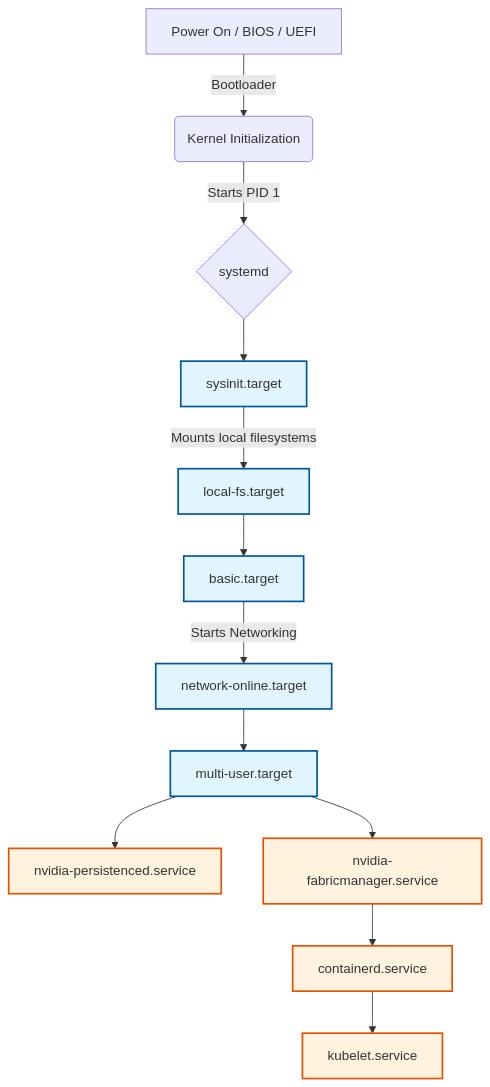
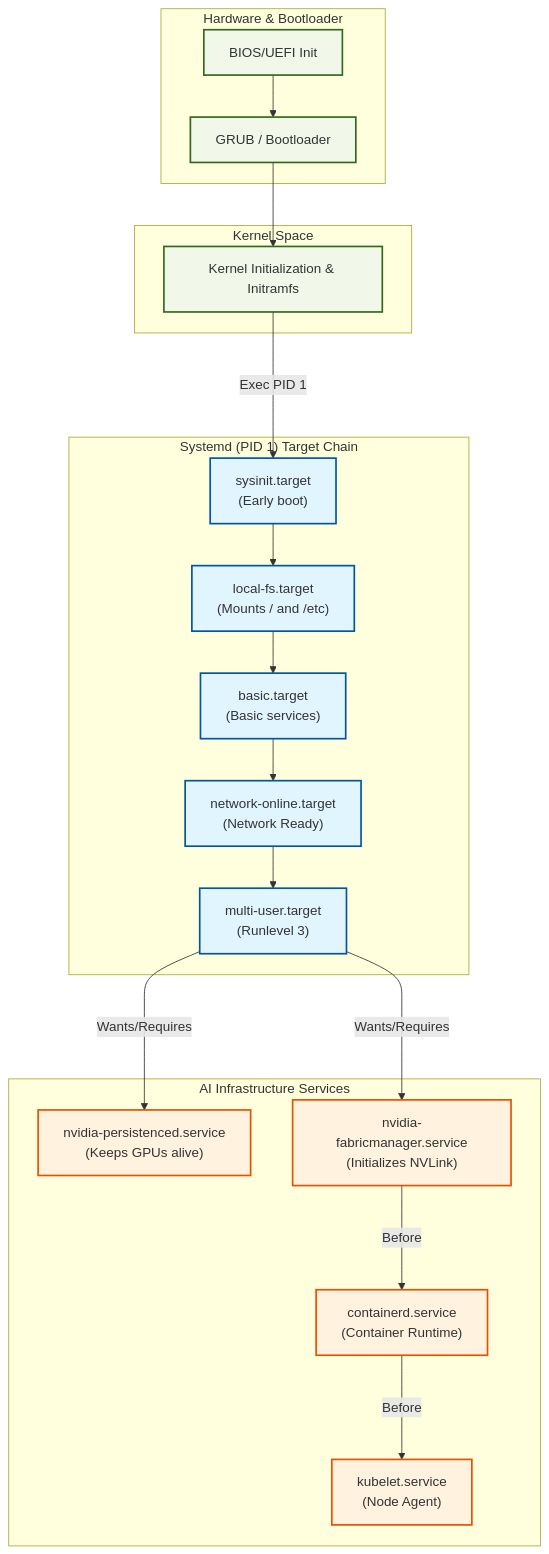
One commit to jithinpnjm/nvidia-devops changed the first of 3 diagrams in docs/volume-01/04-linux-systemd-containers-masterclass.md. Above: the diagram before and after it, drawn with Mermaid. The commit also changed other lines of this file and 110 other files, not shown here.

Commit message:
docs(volume-1-10): complete second-pass refinement of formatting, visual diagrams, and code snippets

````diff
--- a/docs/volume-01/04-linux-systemd-containers-masterclass.md
+++ b/docs/volume-01/04-linux-systemd-containers-masterclass.md
@@ -44,21 +44,48 @@
 ```mermaid
-graph TD
-    A[Power On / BIOS / UEFI] -->|Bootloader| B(Kernel Initialization)
-    B -->|Starts PID 1| C{systemd}
-    C --> D[sysinit.target]
-    D -->|Mounts local filesystems| E[local-fs.target]
-    E --> F[basic.target]
-    F -->|Starts Networking| G[network-online.target]
-    G --> H[multi-user.target]
+flowchart TD
+    subgraph Hardware["Hardware & Bootloader"]
+        BIOS["BIOS/UEFI Init"]
+        GRUB["GRUB / Bootloader"]
+    end
     
-    H --> I[nvidia-persistenced.service]
-    H --> J[nvidia-fabricmanager.service]
-    J --> K[containerd.service]
-    K --> L[kubelet.service]
+    subgraph Kernel["Kernel Space"]
+        KernelInit["Kernel Initialization & Initramfs"]
+    end
+    
+    subgraph Systemd["Systemd (PID 1) Target Chain"]
+        Sysinit["sysinit.target<br/>(Early boot)"]
+        LocalFS["local-fs.target<br/>(Mounts / and /etc)"]
+        Basic["basic.target<br/>(Basic services)"]
+        Network["network-online.target<br/>(Network Ready)"]
+        MultiUser["multi-user.target<br/>(Runlevel 3)"]
+    end
+    
+    subgraph AI["AI Infrastructure Services"]
+        NV_Persist["nvidia-persistenced.service<br/>(Keeps GPUs alive)"]
+        NV_FM["nvidia-fabricmanager.service<br/>(Initializes NVLink)"]
+        Containerd["containerd.service<br/>(Container Runtime)"]
+        Kubelet["kubelet.service<br/>(Node Agent)"]
+    end
+
+    BIOS --> GRUB
+    GRUB --> KernelInit
+    KernelInit -- "Exec PID 1" ---> Sysinit
+    
+    Sysinit --> LocalFS
+    LocalFS --> Basic
+    Basic --> Network
+    Network --> MultiUser
+    
+    MultiUser -- "Wants/Requires" ---> NV_Persist
+    MultiUser -- "Wants/Requires" ---> NV_FM
+    NV_FM -- "Before" ---> Containerd
+    Containerd -- "Before" ---> Kubelet
     
     classDef target fill:#e1f5fe,stroke:#01579b,stroke-width:2px;
     classDef service fill:#fff3e0,stroke:#e65100,stroke-width:2px;
+    classDef hw fill:#f1f8e9,stroke:#33691e,stroke-width:2px;
     
-    class D,E,F,G,H target;
-    class I,J,K,L service;
+    class Sysinit,LocalFS,Basic,Network,MultiUser target;
+    class NV_Persist,NV_FM,Containerd,Kubelet service;
+    class BIOS,GRUB,KernelInit hw;
 ```
````
